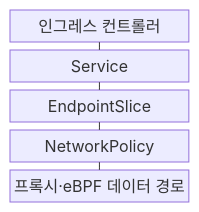
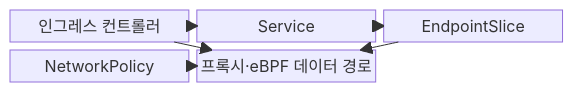
One commit to agnusdei1207/knowledge-base changed the first of 2 diagrams in src/content/docs/notes/04-network/062_kubernetes_networking.md. Above: the diagram before and after it, drawn with Mermaid. The commit also changed other lines of this file and 20 other files, not shown here.

````diff
--- a/src/content/docs/notes/04-network/062_kubernetes_networking.md
+++ b/src/content/docs/notes/04-network/062_kubernetes_networking.md
@@ -62,13 +66,14 @@
 ```mermaid
 block-beta
-    columns 1
+    columns 3
     A["인그레스 컨트롤러"]
     B["Service"]
     C["EndpointSlice"]
     D["NetworkPolicy"]
     E["프록시·eBPF 데이터 경로"]
-    A --- B
-    B --- C
-    C --- D
-    D --- E
+    A --> B
+    A --> E
+    B --> C
+    C --> E
+    D --> E
 ```
````
